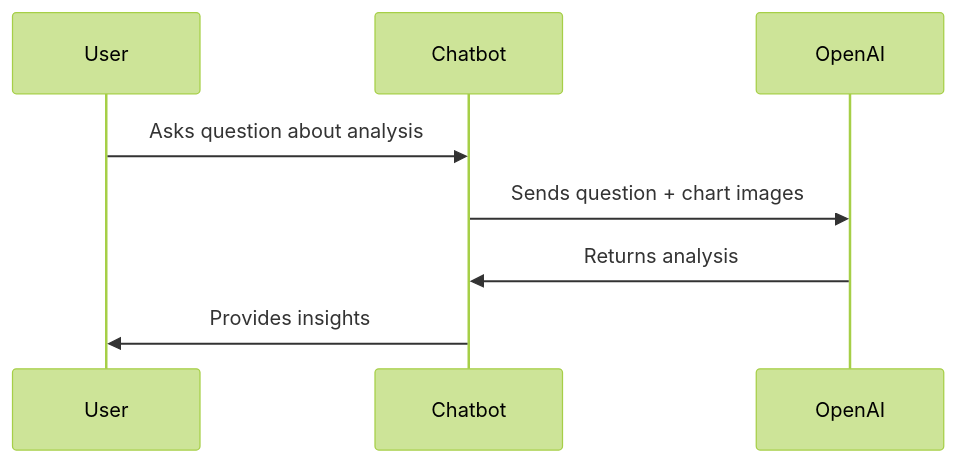
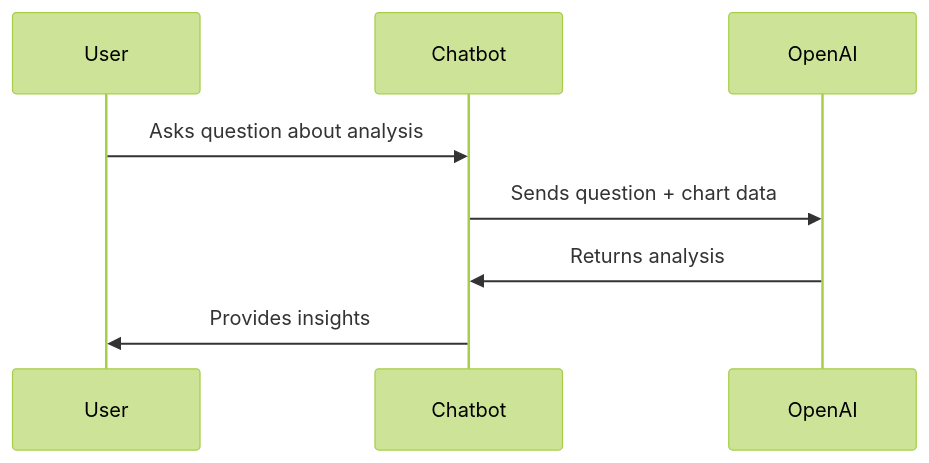
Before and after one commit to RyanFernandes23/stock-bot: the second of 2 diagrams in README.md, drawn with Mermaid (forest theme). The commit also changed other lines of this file, not shown here.

````diff
--- a/README.md
+++ b/README.md
@@ -72,7 +72,7 @@
 ```mermaid
 sequenceDiagram
     User->>Chatbot: Asks question about analysis
-    Chatbot->>OpenAI: Sends question + chart images
+    Chatbot->>OpenAI: Sends question + chart data
     OpenAI->>Chatbot: Returns analysis
     Chatbot->>User: Provides insights
 ```
````
